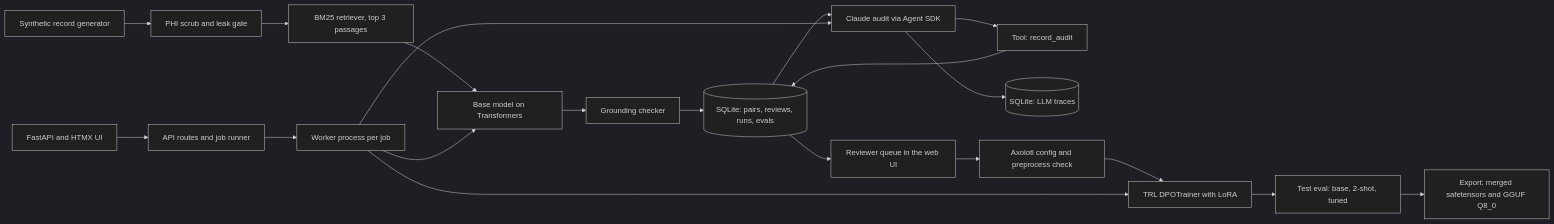
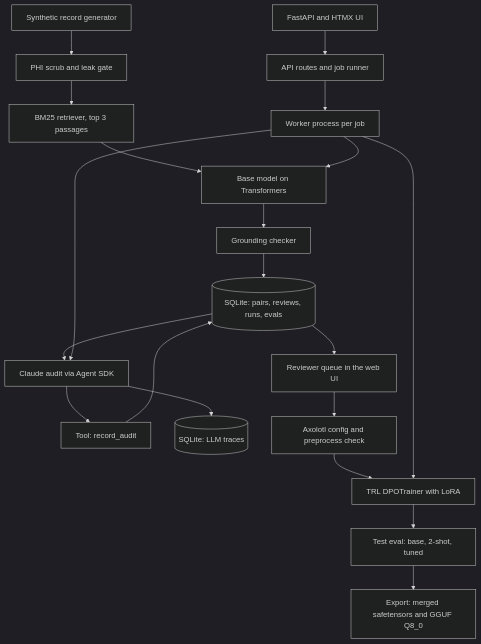
One commit to ArchiusVuong-sudo/cite-or-abstain changed the diagram in README.md. Above: the diagram before and after it, drawn with Mermaid (dark theme).

Commit message:
Draw the architecture diagram top to bottom so its labels stay readable on GitHub

````diff
--- a/README.md
+++ b/README.md
@@ -22,22 +22,22 @@
 ```mermaid
-flowchart LR
+flowchart TB
     A[Synthetic record generator] --> B[PHI scrub and leak gate]
     B --> C[BM25 retriever, top 3 passages]
     C --> D[Base model on Transformers]
     D --> E[Grounding checker]
     E --> F[(SQLite: pairs, reviews, runs, evals)]
     F --> G[Claude audit via Agent SDK]
     G --> H[Tool: record_audit]
     H --> F
     G --> T[(SQLite: LLM traces)]
     F --> I[Reviewer queue in the web UI]
     I --> J[Axolotl config and preprocess check]
     J --> K[TRL DPOTrainer with LoRA]
     K --> L[Test eval: base, 2-shot, tuned]
     L --> M[Export: merged safetensors and GGUF Q8_0]
     U[FastAPI and HTMX UI] --> W[API routes and job runner]
     W --> X[Worker process per job]
     X --> D
     X --> G
     X --> K
 ```
````
